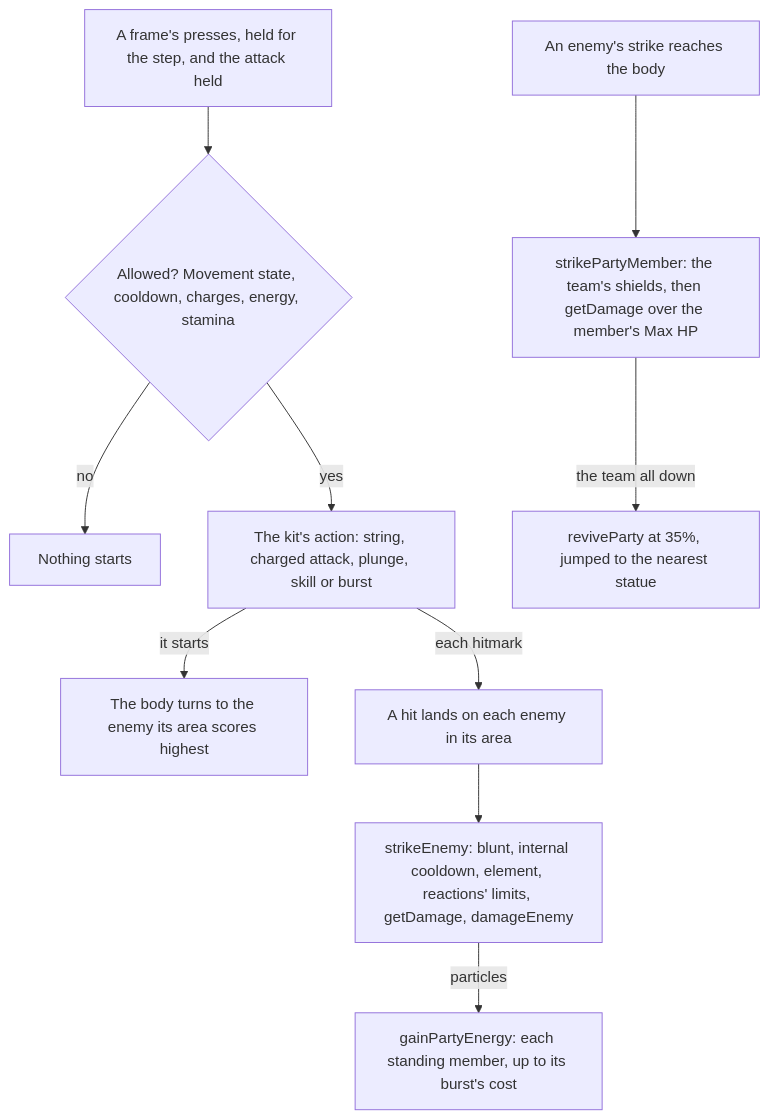
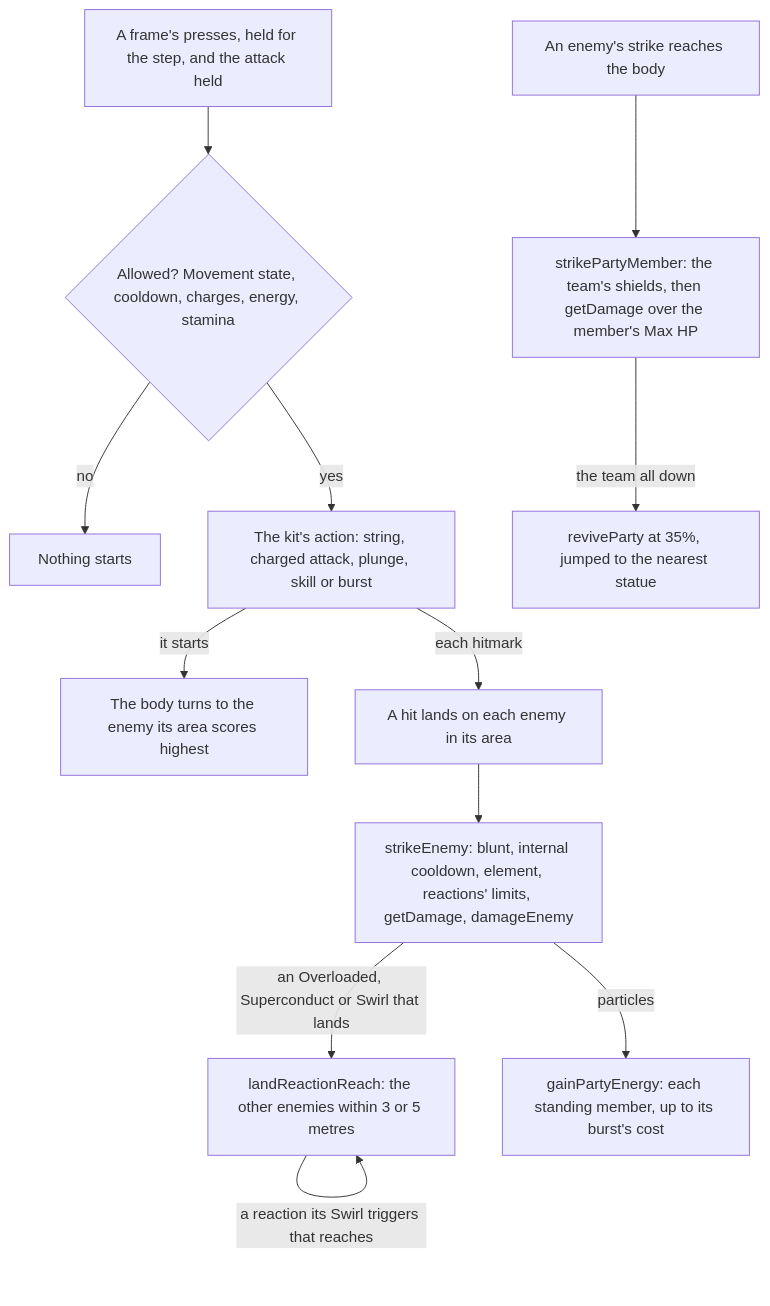
The second of 2 diagrams in apps/web/content/docs/genshin/combat.md (Esposter/Esposter), drawn with Mermaid before and after one commit. The commit also changed other lines of this file and 17 other files, not shown here.

First line of the commit message:
feat(genshin-world): an Overloaded's and a Superconduct's explosion reach every enemy within 3 metres, and a Swirl spreads its element and damage to every other enemy within 5, its chain reactions priced from the character that swirled

````diff
--- a/apps/web/content/docs/genshin/combat.md
+++ b/apps/web/content/docs/genshin/combat.md
@@ -114,12 +118,14 @@
 ```mermaid
 flowchart TD
   PRESS["A frame's presses, held for the step, and the attack held"] --> GATE{"Allowed? Movement state, cooldown, charges, energy, stamina"}
   GATE -->|"no"| IDLE["Nothing starts"]
   GATE -->|"yes"| ACTION["The kit's action: string, charged attack, plunge, skill or burst"]
   ACTION -->|"it starts"| AIM["The body turns to the enemy its area scores highest"]
   ACTION -->|"each hitmark"| HIT["A hit lands on each enemy in its area"]
   HIT --> STRIKE["strikeEnemy: blunt, internal cooldown, element, reactions' limits, getDamage, damageEnemy"]
+  STRIKE -->|"an Overloaded, Superconduct or Swirl that lands"| REACH["landReactionReach: the other enemies within 3 or 5 metres"]
+  REACH -->|"a reaction its Swirl triggers that reaches"| REACH
   STRIKE -->|"particles"| ENERGY["gainPartyEnergy: each standing member, up to its burst's cost"]
   ENEMY["An enemy's strike reaches the body"] --> HURT["strikePartyMember: the team's shields, then getDamage over the member's Max HP"]
   HURT -->|"the team all down"| RESPAWN["reviveParty at 35%, jumped to the nearest statue"]
 ```
````
